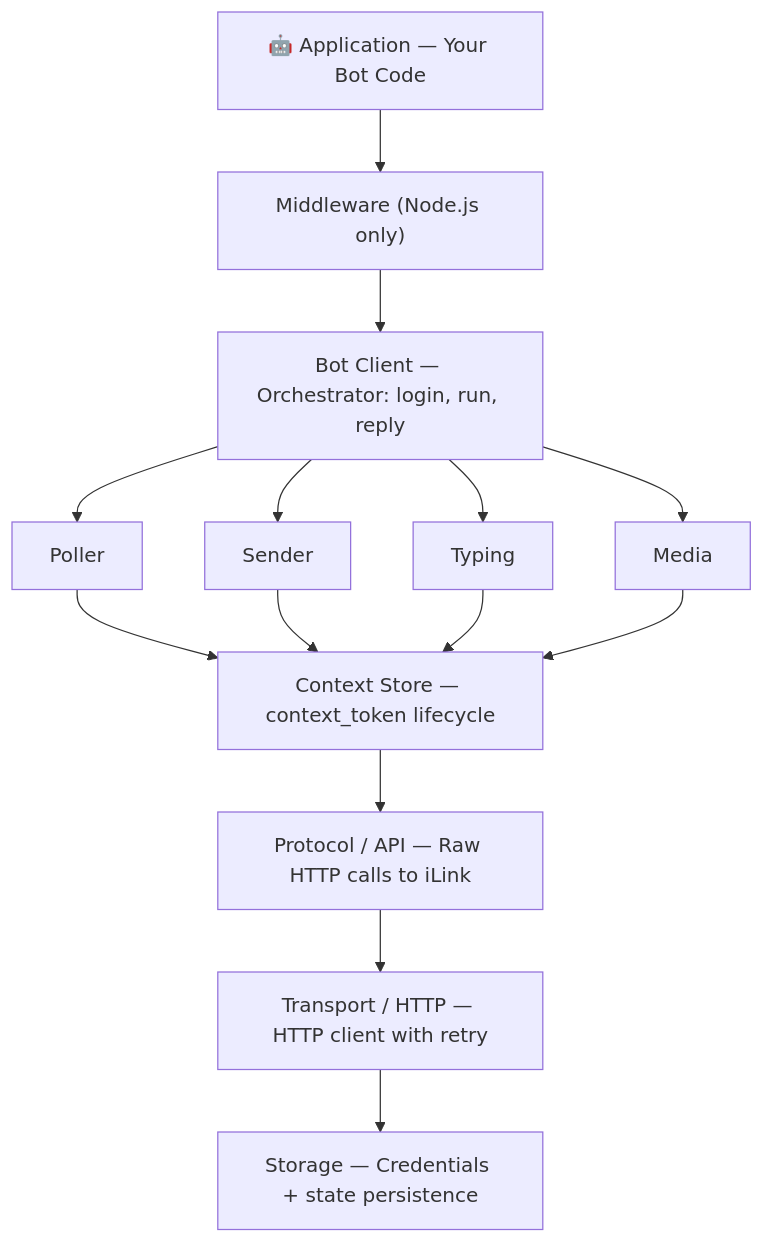
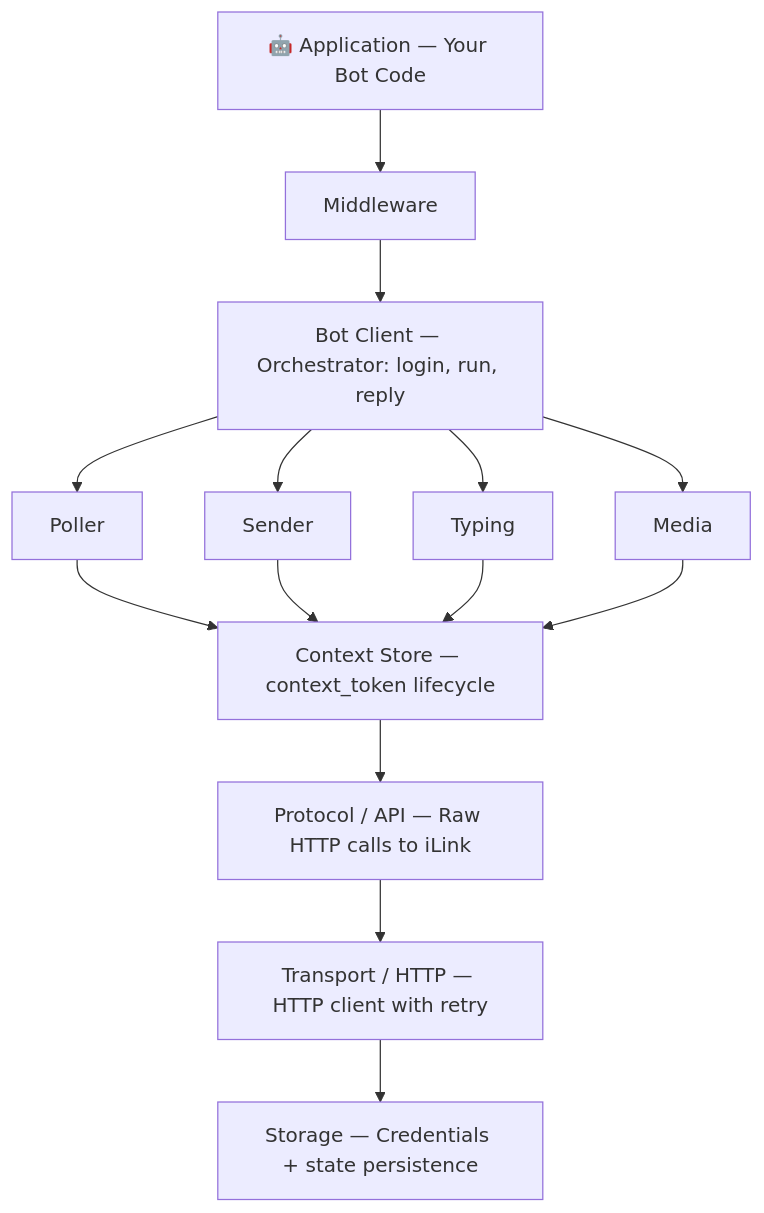
Before and after one commit to Icatme/wechatbot-go: the diagram in docs/architecture.md, drawn with Mermaid. The commit also changed other lines of this file and 10 other files, not shown here.

````diff
--- a/docs/architecture.md
+++ b/docs/architecture.md
@@ -7,16 +7,16 @@
 ```mermaid
 graph TD
-    A["🤖 Application — Your Bot Code"] --> B["Middleware (Node.js only)"]
+    A["🤖 Application — Your Bot Code"] --> B["Middleware"]
     B --> C["Bot Client — Orchestrator: login, run, reply"]
     C --> D["Poller"]
     C --> E["Sender"]
     C --> F["Typing"]
     C --> G["Media"]
     D --> H["Context Store — context_token lifecycle"]
     E --> H
     F --> H
     G --> H
     H --> I["Protocol / API — Raw HTTP calls to iLink"]
     I --> J["Transport / HTTP — HTTP client with retry"]
     J --> K["Storage — Credentials + state persistence"]
 ```
````
